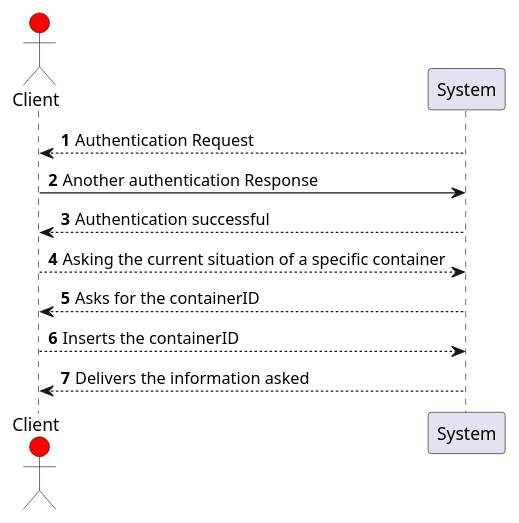
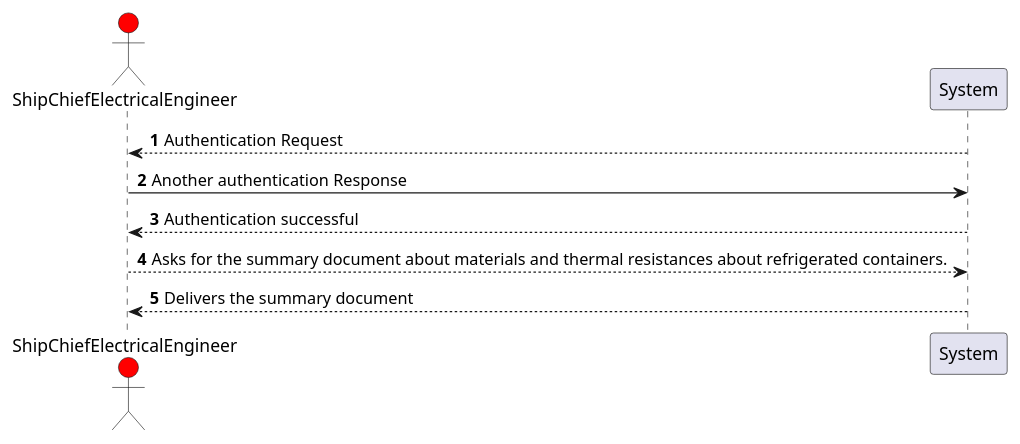
One commit to LourencoMelo/ISEP-LAPR3-ESINF changed the diagram in Docs/Sprint3/US320/ssd.puml. Above: the diagram before and after it, drawn with PlantUML. The commit also changed 8 other files, not shown here.

```diff
--- a/Docs/Sprint3/US320/ssd.puml
+++ b/Docs/Sprint3/US320/ssd.puml
@@ -1,14 +1,12 @@
 @startuml
 autonumber
 
-actor Client #red
+actor ShipChiefElectricalEngineer #red
 
-System --> Client: Authentication Request
-Client -> System : Another authentication Response
-System --> Client : Authentication successful
-Client --> System : Asking the current situation of a specific container
-System --> Client : Asks for the containerID
-Client --> System : Inserts the containerID
-System --> Client : Delivers the information asked
+System --> ShipChiefElectricalEngineer: Authentication Request
+ShipChiefElectricalEngineer -> System : Another authentication Response
+System --> ShipChiefElectricalEngineer : Authentication successful
+ShipChiefElectricalEngineer --> System : Asks for the summary document about materials and thermal resistances about refrigerated containers.
+System --> ShipChiefElectricalEngineer : Delivers the summary document
 
 @enduml
```
